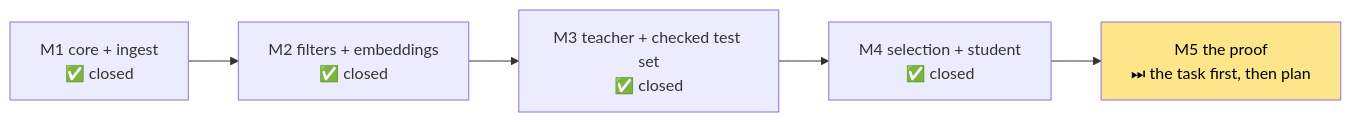
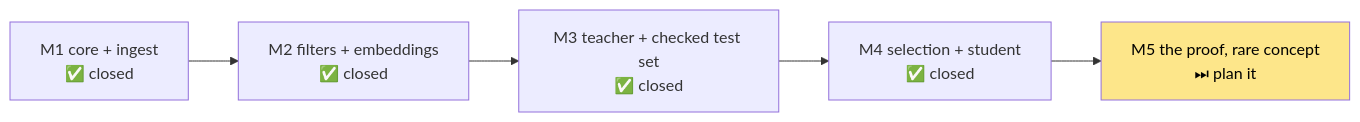
One commit to cupcakes04/Rin changed the diagram in dev/notes/state.md. Above: the diagram before and after it, drawn with Mermaid. The commit also changed other lines of this file and 12 other files, not shown here.

````diff
--- a/dev/notes/state.md
+++ b/dev/notes/state.md
@@ -9,5 +9,5 @@
 ```mermaid
 flowchart LR
-    E["M1 core + ingest<br/>✅ closed"] --> F["M2 filters + embeddings<br/>✅ closed"] --> G["M3 teacher + checked test set<br/>✅ closed"] --> H["M4 selection + student<br/>✅ closed"] --> I["M5 the proof<br/>⏭ the task first, then plan"]
+    E["M1 core + ingest<br/>✅ closed"] --> F["M2 filters + embeddings<br/>✅ closed"] --> G["M3 teacher + checked test set<br/>✅ closed"] --> H["M4 selection + student<br/>✅ closed"] --> I["M5 the proof, rare concept<br/>⏭ plan it"]
     style I fill:#fde68a,color:#000
 ```
````
